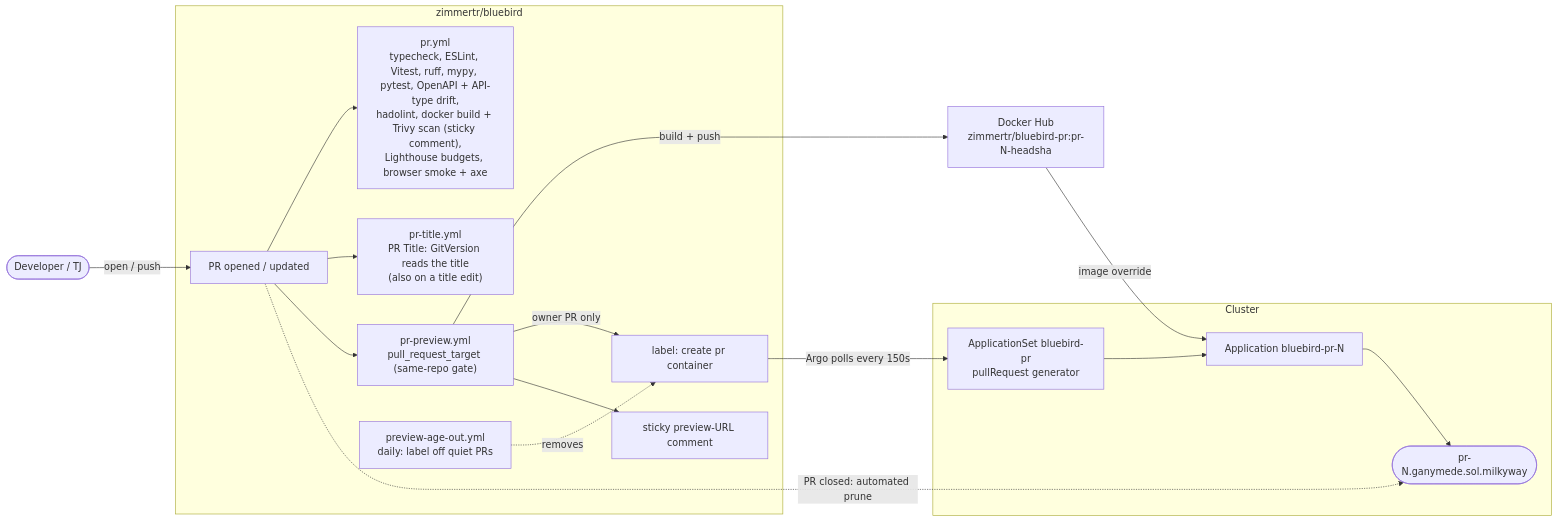
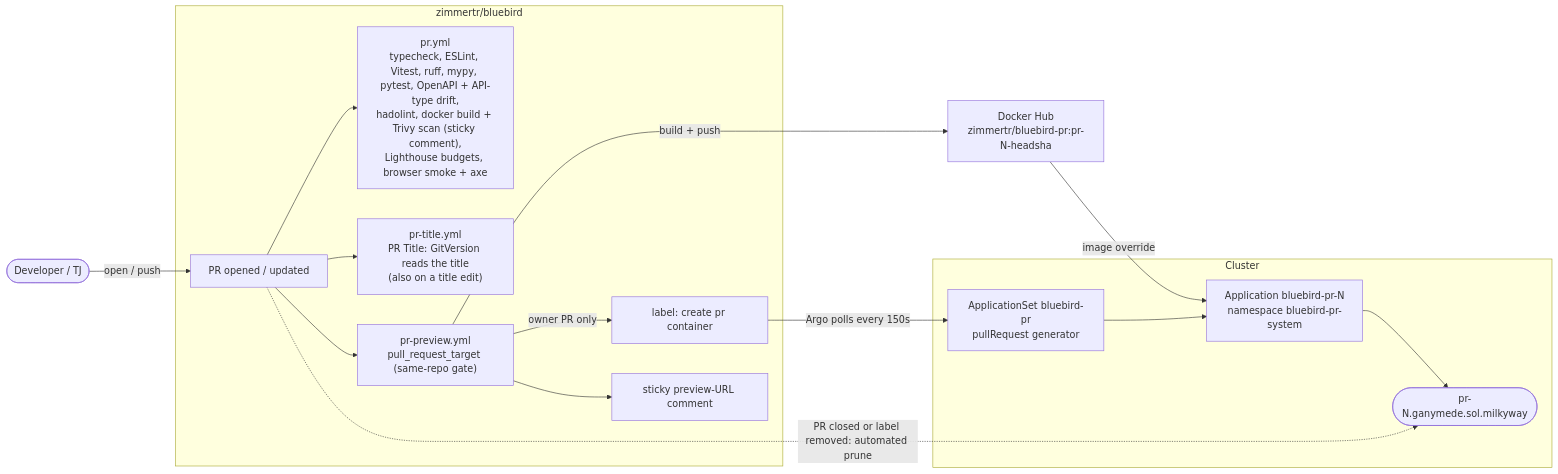
The fourth of 6 diagrams in docs/CICD.md (zimmertr/bluebird), drawn with Mermaid before and after one commit. The commit also changed other lines of this file and 5 other files, not shown here.

First line of the commit message:
ci: remove the preview age-out, so a preview lives while its PR is labelled (#665)

````diff
--- a/docs/CICD.md
+++ b/docs/CICD.md
@@ -1084,36 +1084,34 @@
 ```mermaid
 flowchart LR
     dev(["Developer / TJ"])
 
     subgraph BB["zimmertr/bluebird"]
         pr["PR opened / updated"]
         checks["pr.yml<br/>typecheck, ESLint, Vitest, ruff, mypy, pytest, OpenAPI + API-type drift,<br/>hadolint, docker build + Trivy scan (sticky comment),<br/>Lighthouse budgets, browser smoke + axe"]
         title["pr-title.yml<br/>PR Title: GitVersion reads the title<br/>(also on a title edit)"]
         preview["pr-preview.yml<br/>pull_request_target (same-repo gate)"]
         label["label: create pr container"]
         comment["sticky preview-URL comment"]
-        ageout["preview-age-out.yml<br/>daily: label off quiet PRs"]
     end
 
     dhpr["Docker Hub<br/>zimmertr/bluebird-pr:pr-N-headsha"]
 
     subgraph CL["Cluster"]
         appset["ApplicationSet bluebird-pr<br/>pullRequest generator"]
-        app["Application bluebird-pr-N"]
+        app["Application bluebird-pr-N<br/>namespace bluebird-pr-system"]
         env(["pr-N.ganymede.sol.milkyway"])
     end
 
     dev -->|open / push| pr
     pr --> checks
     pr --> title
     pr --> preview
     preview -->|build + push| dhpr
     preview -->|owner PR only| label
     preview --> comment
     label -->|Argo polls every 150s| appset
     appset --> app
     dhpr -->|image override| app
     app --> env
-    pr -.->|PR closed: automated prune| env
-    ageout -.->|removes| label
+    pr -.->|PR closed or label removed: automated prune| env
 ```
````
